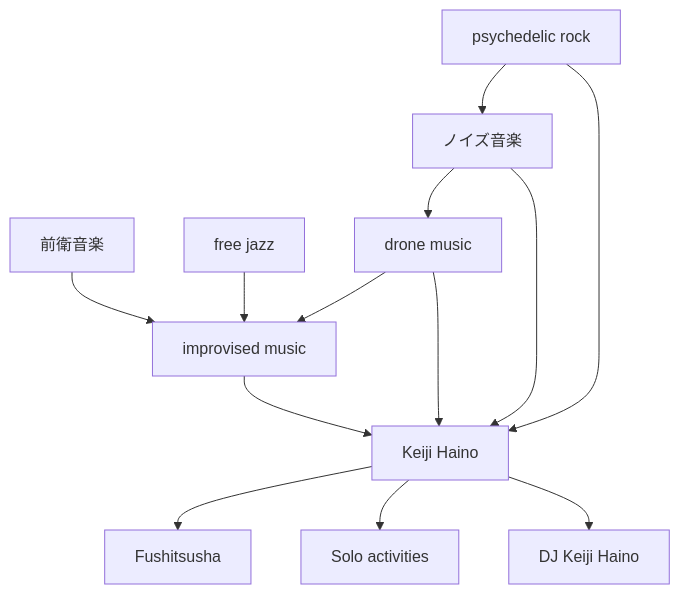
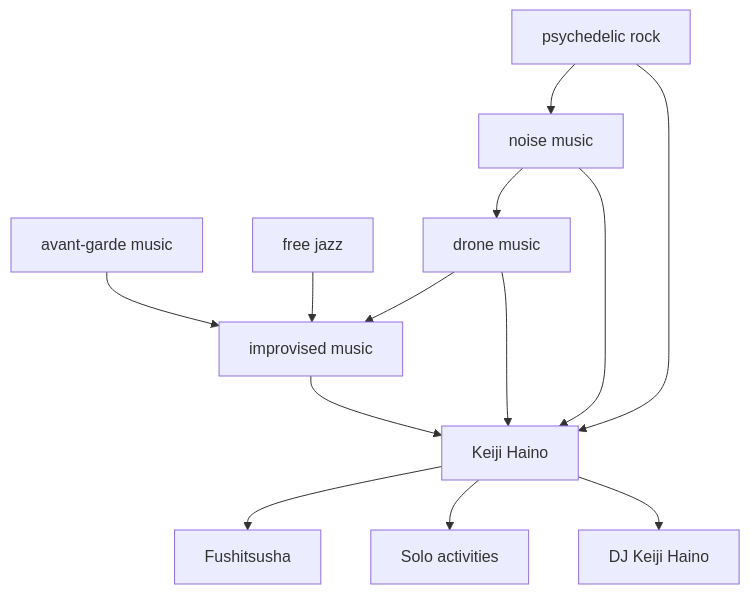
One commit to monumental-movement/monumental-movement.github.io changed the ninth of 9 diagrams in en/_posts/2026-03-06-column-keiji-haino.md. Above: the diagram before and after it, drawn with Mermaid. The commit also changed other lines of this file and 851 other files, not shown here.

```diff
--- a/en/_posts/2026-03-06-column-keiji-haino.md
+++ b/en/_posts/2026-03-06-column-keiji-haino.md
@@ -718,29 +718,29 @@
 <div class="mermaid">
 
 graph TD
 
-AvantGarde[前衛音楽]
+AvantGarde[avant-garde music]
 FreeJazz[free jazz]
-Noise[ノイズ音楽]
+Noise[noise music]
 Drone[drone music]
 Psychedelic[psychedelic rock]
 Improvisation[improvised music]
 
 Haino[Keiji Haino]
 
 AvantGarde --> Improvisation
 FreeJazz --> Improvisation
 Noise --> Drone
 Drone --> Improvisation
 Psychedelic --> Noise
 
 Improvisation --> Haino
 Noise --> Haino
 Drone --> Haino
 Psychedelic --> Haino
 
 Haino --> Fushitsusha[Fushitsusha]
 Haino --> SoloWorks[Solo activities]
 Haino --> DJStyle[DJ Keiji Haino]
 
 </div>
```
